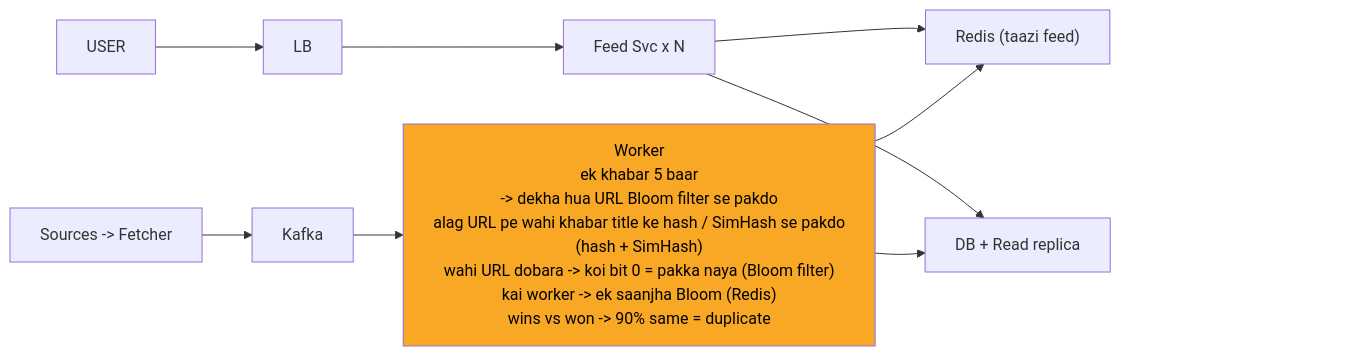
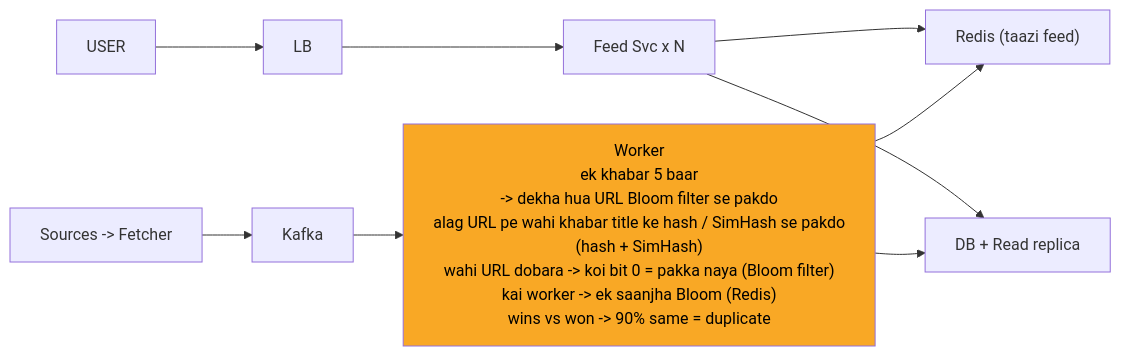
One commit to ArpanMaheshwari144/Prep changed the fifth of 11 diagrams in 04_HLD/SYSTEM_DESIGNS/08_news_aggregator/08_news_aggregator_INTERVIEW.md. Above: the diagram before and after it, drawn with Mermaid. The commit also changed other lines of this file and 182 other files, not shown here.

Commit message:
hld 14 file: har diagram mermaid-cli se SVG image (source details me), n_pad hataya, render tool 04_HLD/tools

````diff
--- a/04_HLD/SYSTEM_DESIGNS/08_news_aggregator/08_news_aggregator_INTERVIEW.md
+++ b/04_HLD/SYSTEM_DESIGNS/08_news_aggregator/08_news_aggregator_INTERVIEW.md
@@ -218,24 +238,21 @@
 ```mermaid
 %%{init: {"flowchart": {"wrappingWidth": 450}}}%%
 flowchart LR
     n_USER["USER"]
     n_LB["LB"]
     n_Feed_Svc_xN["Feed Svc x N"]
     n_Redis["Redis (taazi feed)"]
     n_DBR["DB + Read replica"]
     n_Worker["Worker<br/>ek khabar 5 baar<br/>-> dekha hua URL Bloom filter se pakdo<br/>alag URL pe wahi khabar title ke hash / SimHash se pakdo<br/>(hash + SimHash)<br/>wahi URL dobara -> koi bit 0 = pakka naya (Bloom filter)<br/>kai worker -> ek saanjha Bloom (Redis)<br/>wins vs won -> 90% same = duplicate"]
     n_Kafka["Kafka"]
     n_SF["Sources -> Fetcher"]
     n_USER --> n_LB
     n_LB --> n_Feed_Svc_xN
     n_Feed_Svc_xN --> n_Redis
     n_Feed_Svc_xN --> n_DBR
     n_Worker --> n_DBR
     n_Worker --> n_Redis
     n_Kafka --> n_Worker
     n_SF --> n_Kafka
-    n_pad["xxxxxxxxxxxxxxxx"]
-    n_DBR ~~~ n_pad
     style n_Worker fill:#f9a825,color:#000
-    style n_pad fill:none,stroke:none,color:#ffffff00
 ```
````
